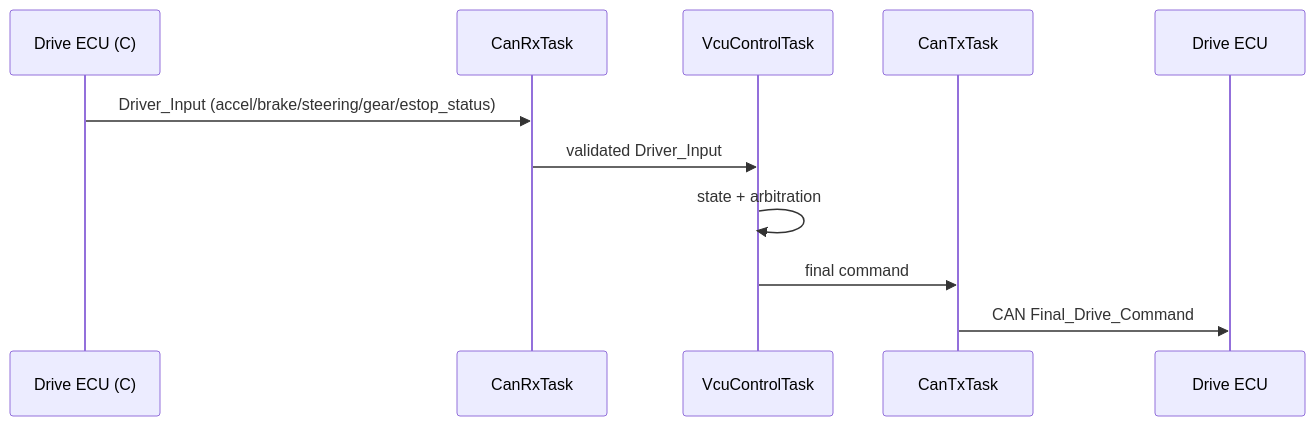
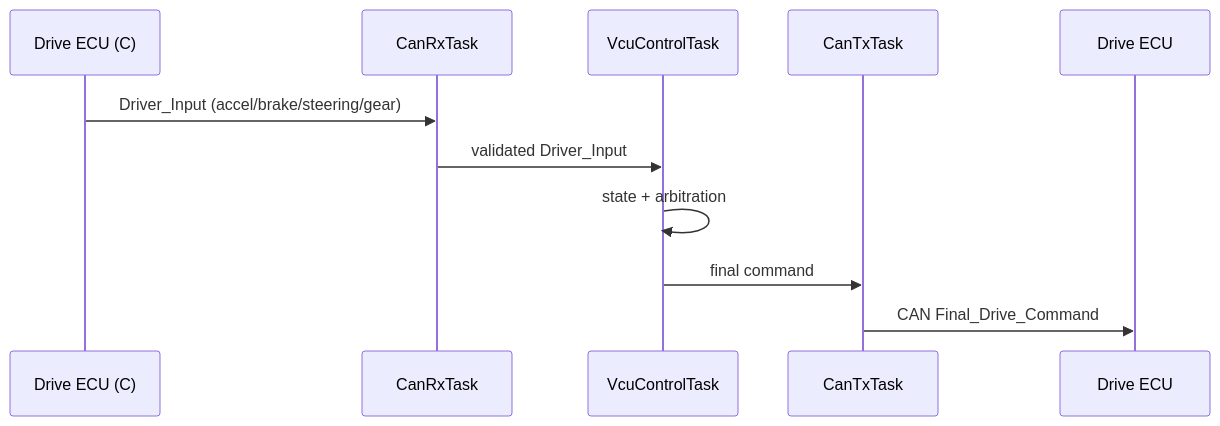
The second of 4 diagrams in docs/ecus/VCU_DTC_CAN_Integration/ARCHITECTURE.md (sunmaan22/SDV_MCU_Project), drawn with Mermaid before and after one commit. The commit also changed other lines of this file and 3 other files, not shown here.

````diff
--- a/docs/ecus/VCU_DTC_CAN_Integration/ARCHITECTURE.md
+++ b/docs/ecus/VCU_DTC_CAN_Integration/ARCHITECTURE.md
@@ -205,13 +205,13 @@
 ```mermaid
 sequenceDiagram
     participant DR0 as Drive ECU (C)
     participant RX as CanRxTask
     participant VC as VcuControlTask
     participant TX as CanTxTask
     participant DR as Drive ECU
-    DR0->>RX: Driver_Input (accel/brake/steering/gear/estop_status)
+    DR0->>RX: Driver_Input (accel/brake/steering/gear)
     RX->>VC: validated Driver_Input
     VC->>VC: state + arbitration
     VC->>TX: final command
     TX->>DR: CAN Final_Drive_Command
 ```
````
